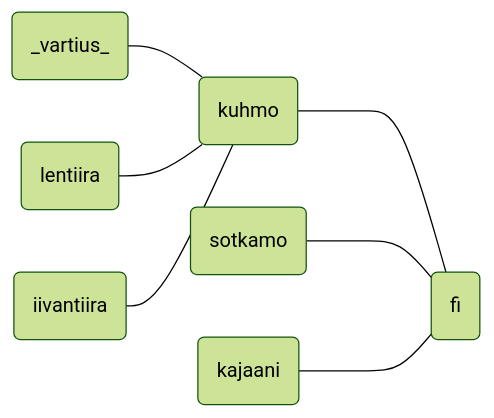
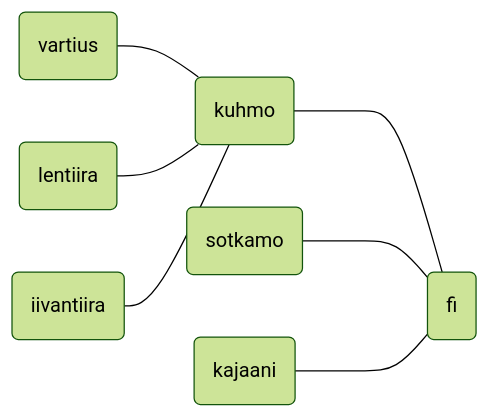
The diagram in README.md (phdonner/verkkotunnus), drawn with Mermaid before and after one commit.

````diff
--- a/README.md
+++ b/README.md
@@ -9,10 +9,10 @@
 ```mermaid
 %%{init: {'theme':'forest'}}%%
 flowchart LR
-   A(_vartius_)  --- D
+   A(vartius)  --- D
    B(lentiira)   --- D
    C(iivantiira) --- D
    D(kuhmo)   ---- F(fi)
    E(sotkamo) ---- F(fi)
    G(kajaani) ---- F(fi)
 ```
````
